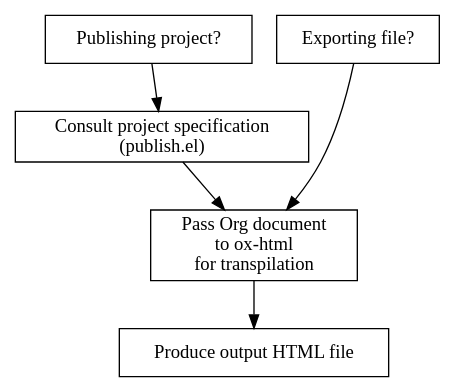
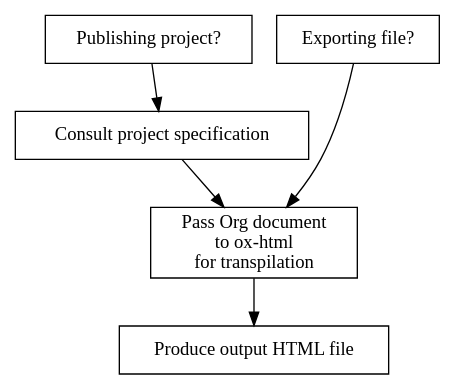
The diagram in posts/2022-10-08.org (grtcdr/grtcdr.github.io), drawn with Graphviz before and after one commit. The commit also changed other lines of this file and 8 other files, not shown here.

```diff
--- a/posts/2022-10-08.org
+++ b/posts/2022-10-08.org
@@ -38,39 +37,39 @@
 #+begin_src dot :file ../images/posts/org-publish-process.svg :exports results
 digraph G {
     publish [
 	     label = "Publishing project?";
 	     shape = rect;
 	     ];
 
     export [
 	    label = "Exporting file?";
 	    shape = rect;
 	    ];
     
     consult [
-	     label = "Consult project specification\n(publish.el)";
+	     label = "Consult project specification";
 	     shape = rect;
 	     ];
     
     process [
 	     label = "Pass Org document\nto ox-html\nfor transpilation";
 	     shape = rect;
 	     ];
     
     produce [
 	     label = "Produce output HTML file";
 	     shape = rect;
 	     ];
     
 
     publish -> consult;
     consult -> process;
     export -> process;
     process -> produce;
     
     {
 	rank=same;
 	publish; export
     }
 }
 #+end_src
```
